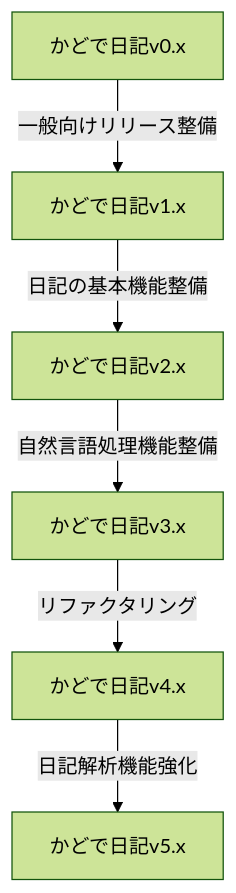
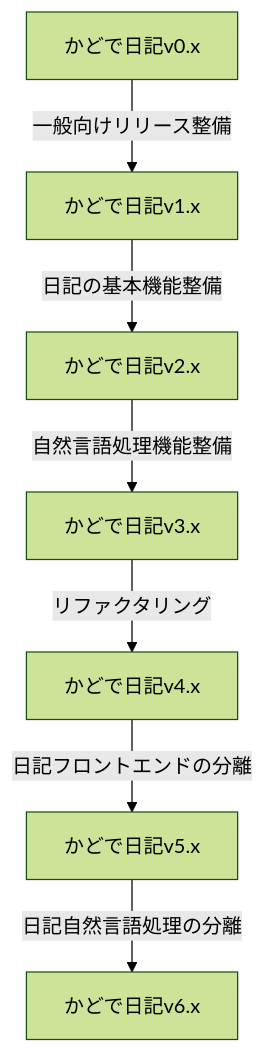
One commit to KadodeProject/kadode_nikki3 changed the diagram in docs/ROADMAP/overall.md. Above: the diagram before and after it, drawn with Mermaid (forest theme). The commit also changed 4 other files, not shown here.

````diff
--- a/docs/ROADMAP/overall.md
+++ b/docs/ROADMAP/overall.md
@@ -1,8 +1,9 @@
 ```mermaid
 flowchart TD
     0[かどで日記v0.x]-->|一般向けリリース整備|1[かどで日記v1.x]
     1-->|日記の基本機能整備|2[かどで日記v2.x]
     2[かどで日記v2.x]-->|自然言語処理機能整備|3[かどで日記v3.x]
     3-->|リファクタリング|4[かどで日記v4.x]
-    4-->|日記解析機能強化|5[かどで日記v5.x]
+    4-->|日記フロントエンドの分離|5[かどで日記v5.x]
+    5-->|日記自然言語処理の分離|6[かどで日記v6.x]
 ```
````
